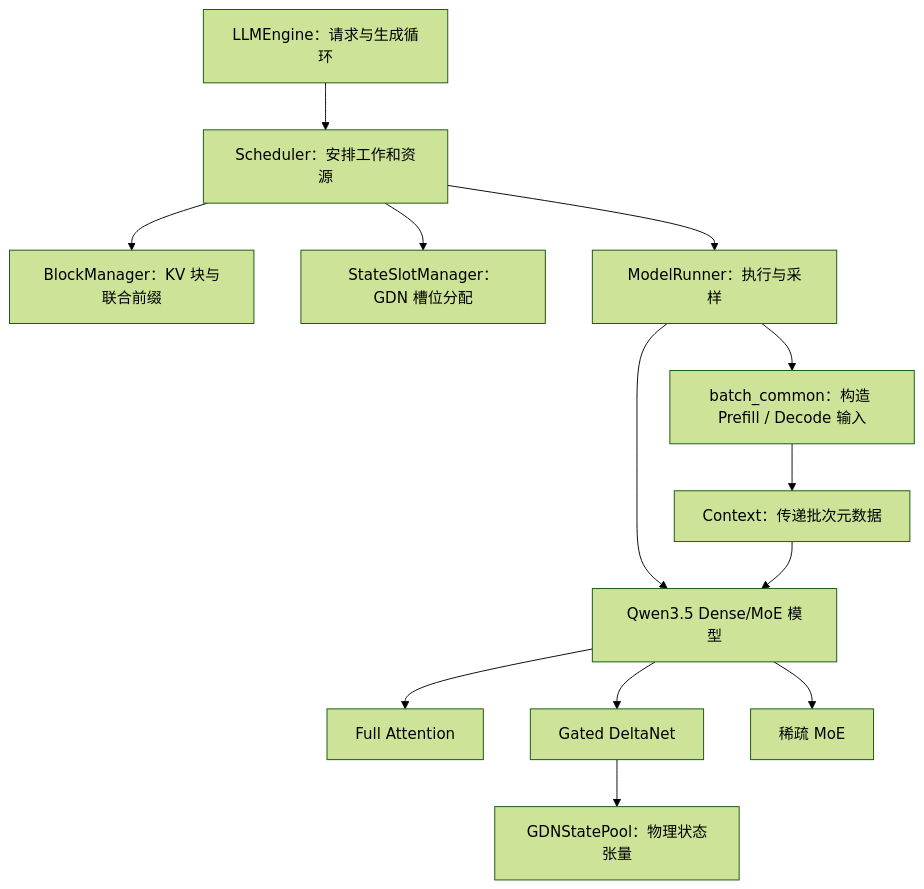
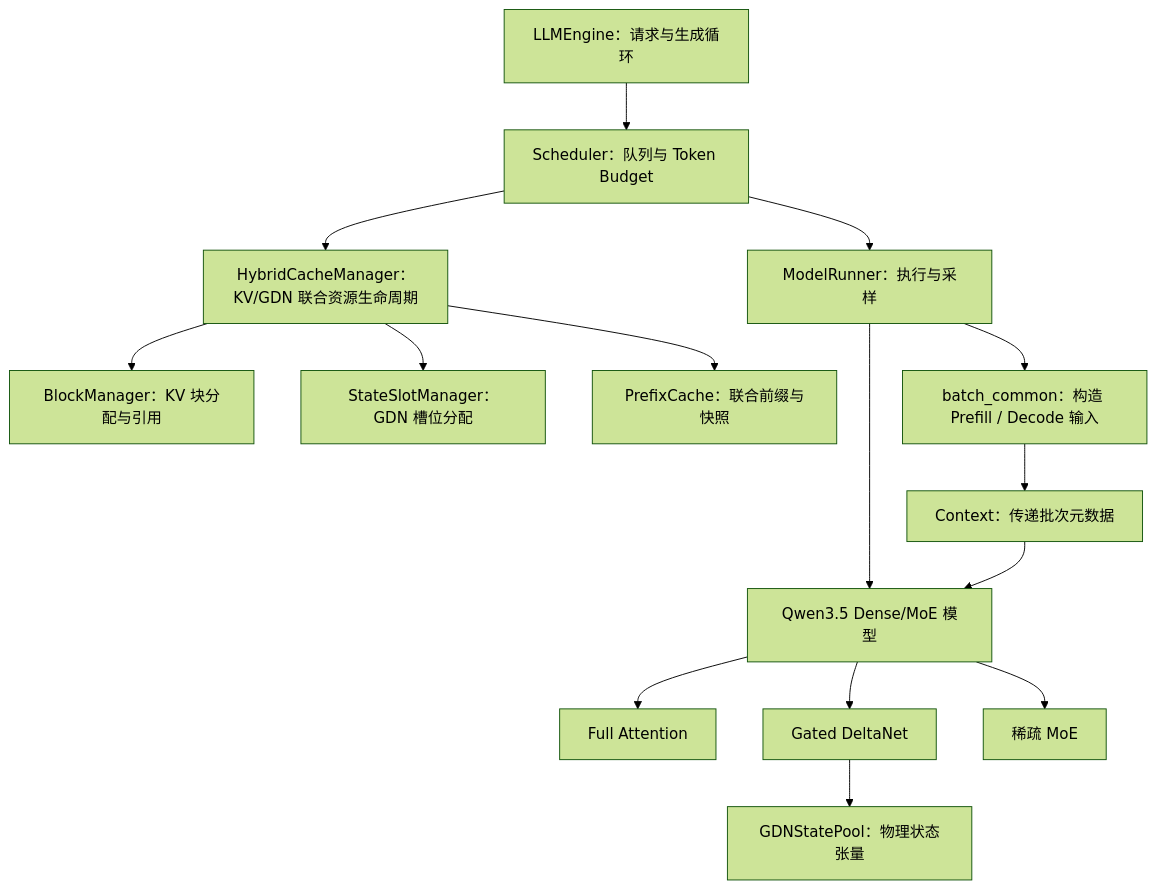
The first of 2 diagrams in docs/runtime.md (Hg-Spark/nano-vllm), drawn with Mermaid (forest theme) before and after one commit. The commit also changed other lines of this file and 45 other files, not shown here.

Commit message:
feat(cache): support FP8 KV, unify cache ownership and prefix experiments

````diff
--- a/docs/runtime.md
+++ b/docs/runtime.md
@@ -133,15 +133,17 @@
 ```mermaid
 flowchart TD
-    A[LLMEngine：请求与生成循环] --> B[Scheduler：安排工作和资源]
-    B --> C[BlockManager：KV 块与联合前缀]
-    B --> D[StateSlotManager：GDN 槽位分配]
+    A[LLMEngine：请求与生成循环] --> B[Scheduler：队列与 Token Budget]
+    B --> E[HybridCacheManager：KV/GDN 联合资源生命周期]
+    E --> C[BlockManager：KV 块分配与引用]
+    E --> D[StateSlotManager：GDN 槽位分配]
+    E --> P[PrefixCache：联合前缀与快照]
     B --> F[ModelRunner：执行与采样]
     F --> G[batch_common：构造 Prefill / Decode 输入]
     G --> H[Context：传递批次元数据]
     F --> I[Qwen3.5 Dense/MoE 模型]
     H --> I
     I --> J[Full Attention]
     I --> K[Gated DeltaNet]
     K --> L[GDNStatePool：物理状态张量]
     I --> M[稀疏 MoE]
 ```
````
